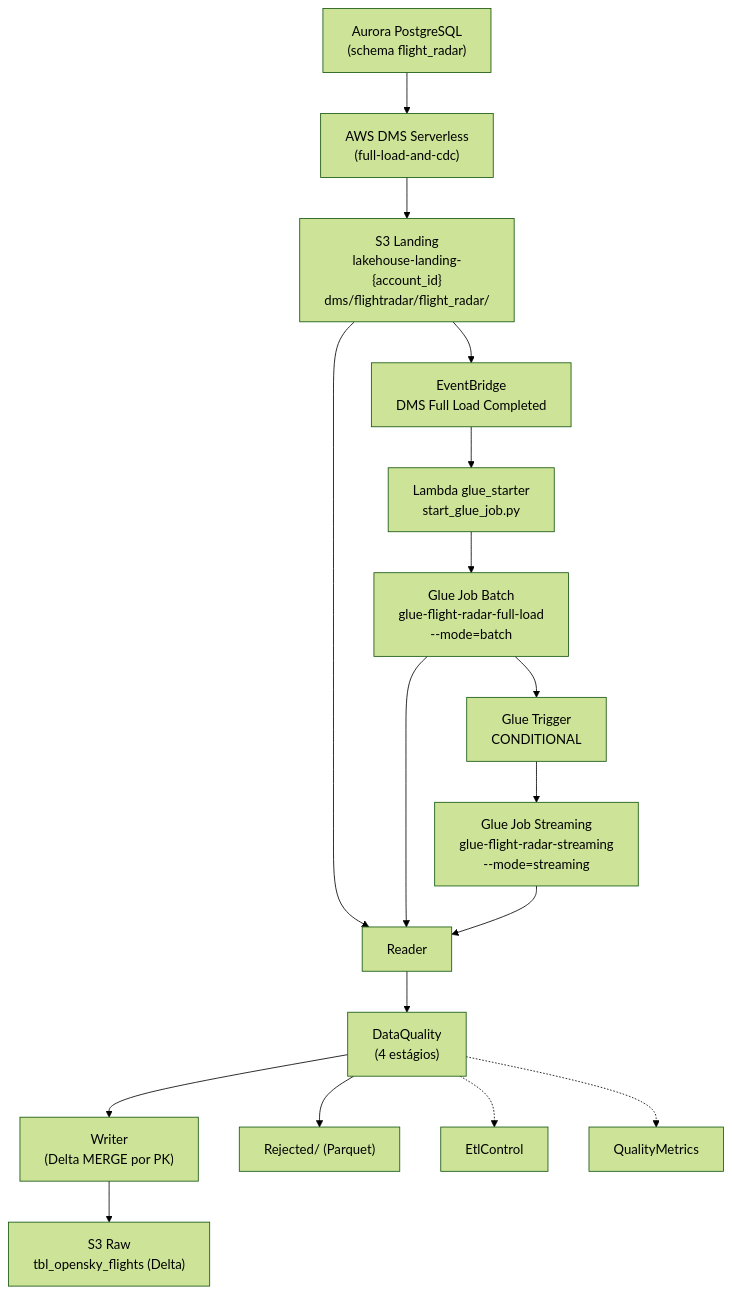
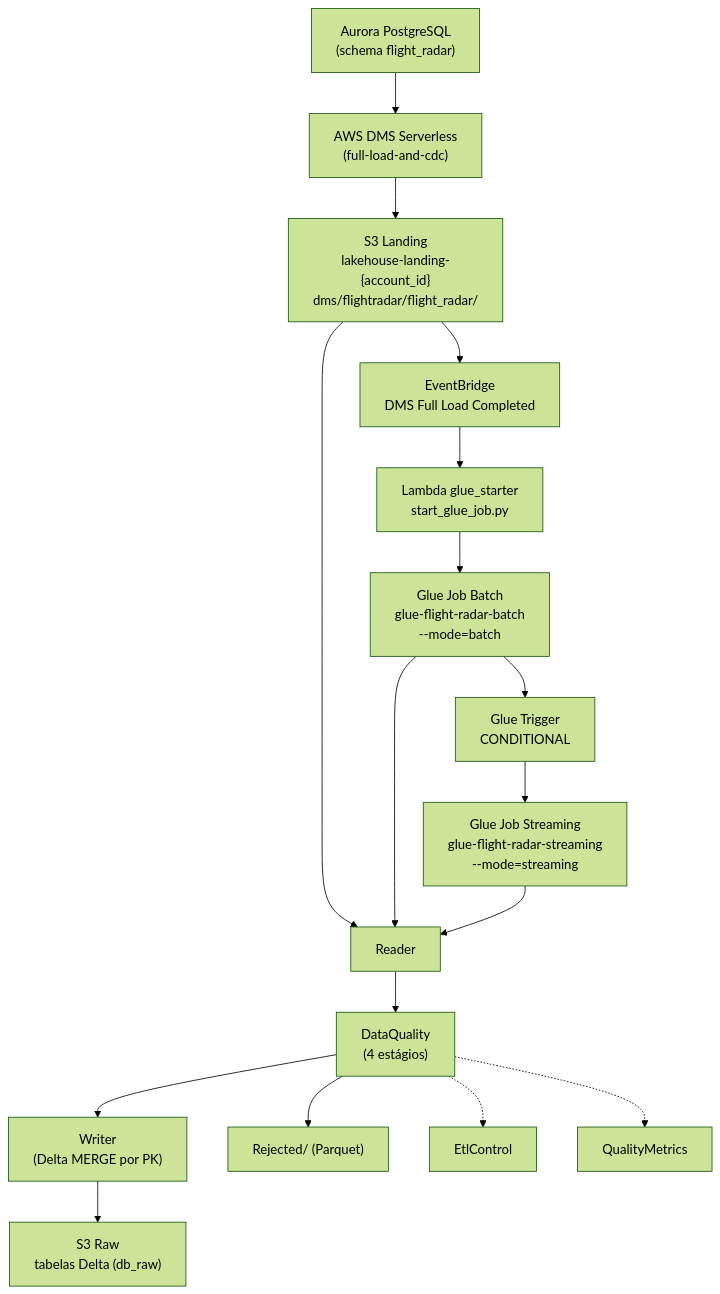
Before and after one commit to jamilvilela/aws-streaming-flight-radar-glue: the second of 3 diagrams in docs-sdd/arquitetura.md, drawn with Mermaid (forest theme). The commit also changed other lines of this file and 27 other files, not shown here.

````diff
--- a/docs-sdd/arquitetura.md
+++ b/docs-sdd/arquitetura.md
@@ -204,35 +205,35 @@
 ```mermaid
 flowchart TD
     AURO["Aurora PostgreSQL<br/>(schema flight_radar)"]
     DMS["AWS DMS Serverless<br/>(full-load-and-cdc)"]
     LAND["S3 Landing<br/>lakehouse-landing-{account_id}<br/>dms/flightradar/flight_radar/"]
     EVB["EventBridge<br/>DMS Full Load Completed"]
     LAMBDA["Lambda glue_starter<br/>start_glue_job.py"]
-    BATCH["Glue Job Batch<br/>glue-flight-radar-full-load<br/>--mode=batch"]
+    BATCH["Glue Job Batch<br/>glue-flight-radar-batch<br/>--mode=batch"]
     TRIG["Glue Trigger<br/>CONDITIONAL"]
     STREAM["Glue Job Streaming<br/>glue-flight-radar-streaming<br/>--mode=streaming"]
     READER["Reader"]
     DQ["DataQuality<br/>(4 estágios)"]
     WRITER["Writer<br/>(Delta MERGE por PK)"]
     REJ["Rejected/ (Parquet)"]
-    RAW["S3 Raw<br/>tbl_opensky_flights (Delta)"]
+    RAW["S3 Raw<br/>tabelas Delta (db_raw)"]
     ETL["EtlControl"]
     QM["QualityMetrics"]
 
     AURO --> DMS
     DMS --> LAND
     LAND --> EVB
     EVB --> LAMBDA
     LAMBDA --> BATCH
     BATCH --> TRIG
     TRIG --> STREAM
     LAND --> READER
     BATCH --> READER
     STREAM --> READER
     READER --> DQ
     DQ --> WRITER
     DQ --> REJ
     WRITER --> RAW
     DQ -.-> ETL
     DQ -.-> QM
 ```
````
